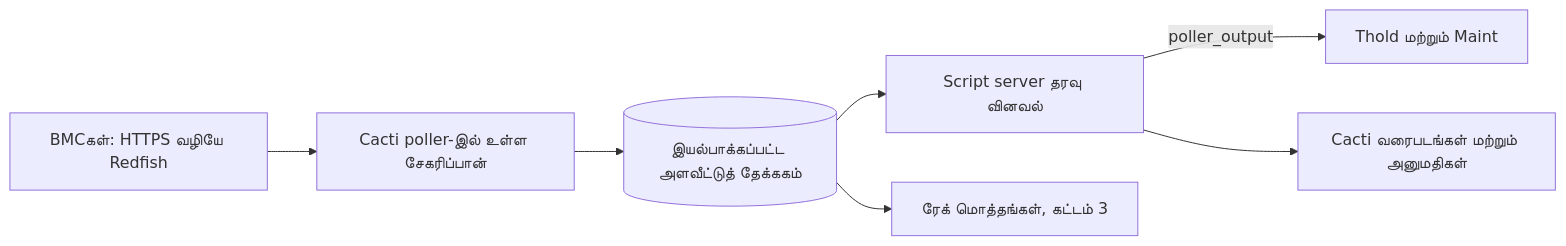
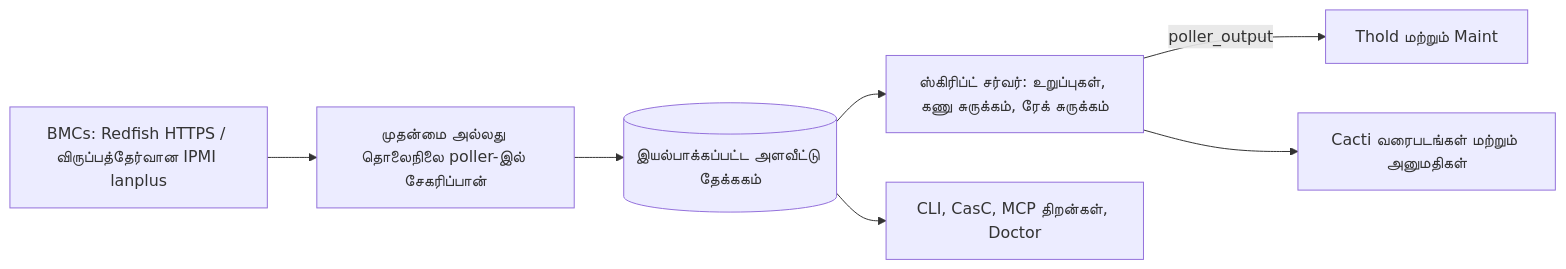
One commit to somethingwithproof/plugin_redfish changed the diagram in docs/i18n/ta-IN/README.md. Above: the diagram before and after it, drawn with Mermaid. The commit also changed other lines of this file and 47 other files, not shown here.

````diff
--- a/docs/i18n/ta-IN/README.md
+++ b/docs/i18n/ta-IN/README.md
@@ -90,9 +140,9 @@
 ```mermaid
 flowchart LR
-    BMC["BMCகள்: HTTPS வழியே Redfish"] --> C["Cacti poller-இல் உள்ள சேகரிப்பான்"]
-    C --> CACHE[("இயல்பாக்கப்பட்ட அளவீட்டுத் தேக்ககம்")]
-    CACHE --> SS["Script server தரவு வினவல்"]
+    BMC["BMCs: Redfish HTTPS / விருப்பத்தேர்வான IPMI lanplus"] --> C["முதன்மை அல்லது தொலைநிலை poller-இல் சேகரிப்பான்"]
+    C --> CACHE[("இயல்பாக்கப்பட்ட அளவீட்டு தேக்ககம்")]
+    CACHE --> SS["ஸ்கிரிப்ட் சர்வர்: உறுப்புகள், கணு சுருக்கம், ரேக் சுருக்கம்"]
     SS -->|poller_output| T["Thold மற்றும் Maint"]
     SS --> G["Cacti வரைபடங்கள் மற்றும் அனுமதிகள்"]
-    CACHE --> R["ரேக் மொத்தங்கள், கட்டம் 3"]
+    CACHE --> ECO["CLI, CasC, MCP திறன்கள், Doctor"]
 ```
````
